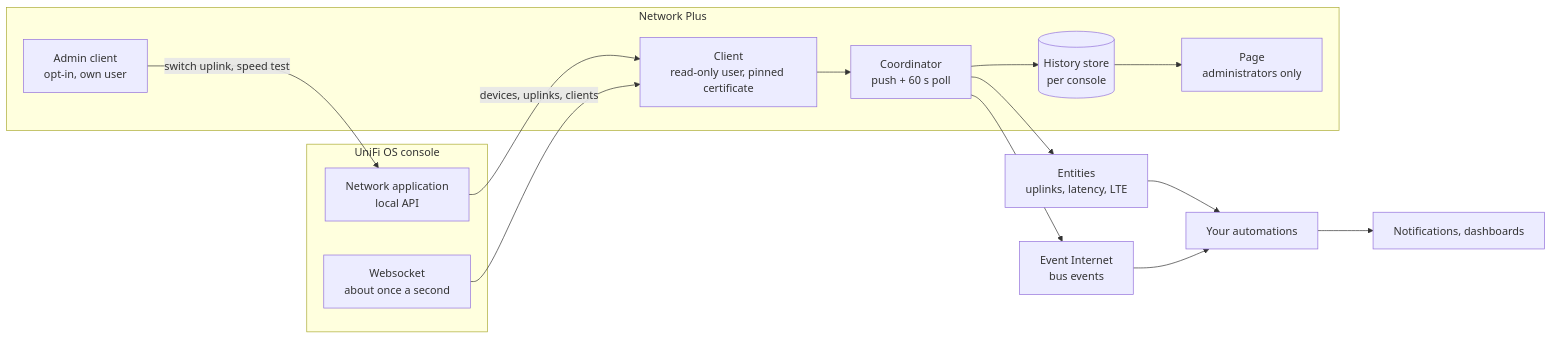
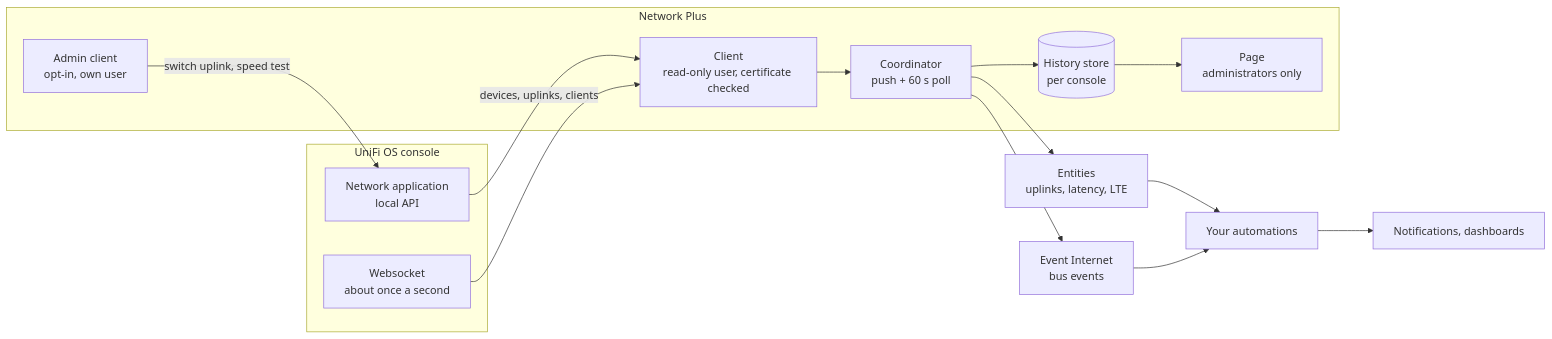
One commit to n-schilling/ha-network-plus changed the first of 3 diagrams in README.md. Above: the diagram before and after it, drawn with Mermaid. The commit also changed other lines of this file and 16 other files, not shown here.

````diff
--- a/README.md
+++ b/README.md
@@ -41,25 +41,25 @@
 ```mermaid
 flowchart LR
     subgraph console["UniFi OS console"]
         api["Network application<br/>local API"]
         wss["Websocket<br/>about once a second"]
     end
     subgraph np["Network Plus"]
-        client["Client<br/>read-only user, pinned certificate"]
+        client["Client<br/>read-only user, certificate checked"]
         admin["Admin client<br/>opt-in, own user"]
         coordinator["Coordinator<br/>push + 60 s poll"]
         history[("History store<br/>per console")]
         page["Page<br/>administrators only"]
     end
     api -->|"devices, uplinks, clients"| client
     wss --> client
     client --> coordinator
     coordinator --> history
     coordinator --> entities["Entities<br/>uplinks, latency, LTE"]
     coordinator --> events["Event Internet<br/>bus events"]
     history --> page
     admin -->|"switch uplink, speed test"| api
     entities --> automations["Your automations"]
     events --> automations
     automations --> notify["Notifications, dashboards"]
 ```
````
